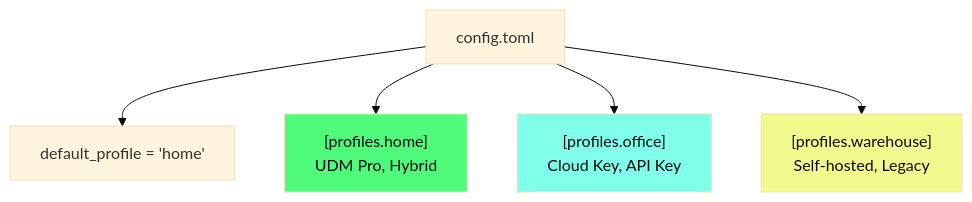
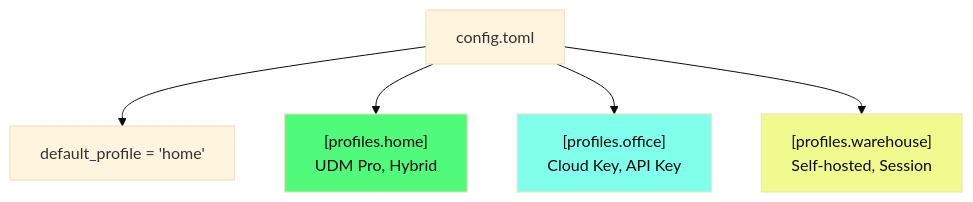
One commit to filipeforattini/unifly-tuiuiu changed the first of 2 diagrams in docs/guide/configuration.md. Above: the diagram before and after it, drawn with Mermaid (base theme). The commit also changed other lines of this file and 80 other files, not shown here.

````diff
--- a/docs/guide/configuration.md
+++ b/docs/guide/configuration.md
@@ -25,11 +25,11 @@
 ```mermaid
 graph TD
     CONFIG["config.toml"] --> DEFAULT["default_profile = 'home'"]
     CONFIG --> P1["[profiles.home]<br/>UDM Pro, Hybrid"]
     CONFIG --> P2["[profiles.office]<br/>Cloud Key, API Key"]
-    CONFIG --> P3["[profiles.warehouse]<br/>Self-hosted, Legacy"]
+    CONFIG --> P3["[profiles.warehouse]<br/>Self-hosted, Session"]
 
     style P1 fill:#50fa7b,color:#0a0a0f
     style P2 fill:#80ffea,color:#0a0a0f
     style P3 fill:#f1fa8c,color:#0a0a0f
 ```
````
